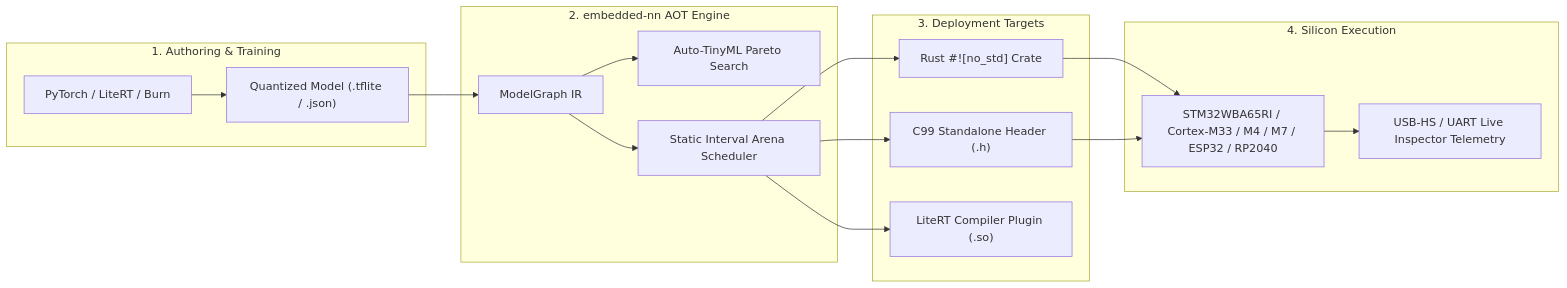
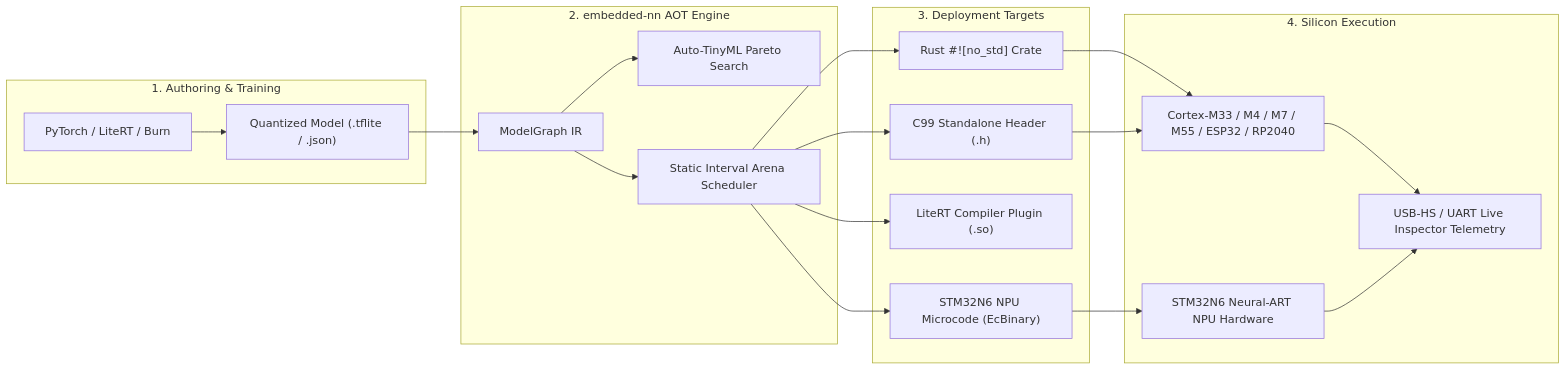
The diagram in README.md (leftger/embedded-nn), drawn with Mermaid before and after one commit. The commit also changed other lines of this file and 18 other files, not shown here.

First line of the commit message:
Feat/aton npu compiler (#6)

````diff
--- a/README.md
+++ b/README.md
@@ -49,24 +50,27 @@
 ```mermaid
 flowchart LR
     subgraph Authoring ["1. Authoring & Training"]
         PyTorch["PyTorch / LiteRT / Burn"] --> Model["Quantized Model (.tflite / .json)"]
     end
 
     subgraph Compiler ["2. embedded-nn AOT Engine"]
         Model --> IR["ModelGraph IR"]
         IR --> Pareto["Auto-TinyML Pareto Search"]
         IR --> Arena["Static Interval Arena Scheduler"]
     end
 
     subgraph Targets ["3. Deployment Targets"]
         Arena --> RustCodegen["Rust #![no_std] Crate"]
         Arena --> CCodegen["C99 Standalone Header (.h)"]
         Arena --> Plugin["LiteRT Compiler Plugin (.so)"]
+        Arena --> AtonBackend["STM32N6 NPU Microcode (EcBinary)"]
     end
 
     subgraph Hardware ["4. Silicon Execution"]
-        RustCodegen --> STM32["STM32WBA65RI / Cortex-M33 / M4 / M7 / ESP32 / RP2040"]
+        RustCodegen --> STM32["Cortex-M33 / M4 / M7 / M55 / ESP32 / RP2040"]
         CCodegen --> STM32
+        AtonBackend --> STM32N6["STM32N6 Neural-ART NPU Hardware"]
         STM32 --> HIL["USB-HS / UART Live Inspector Telemetry"]
+        STM32N6 --> HIL
     end
 ```
````
